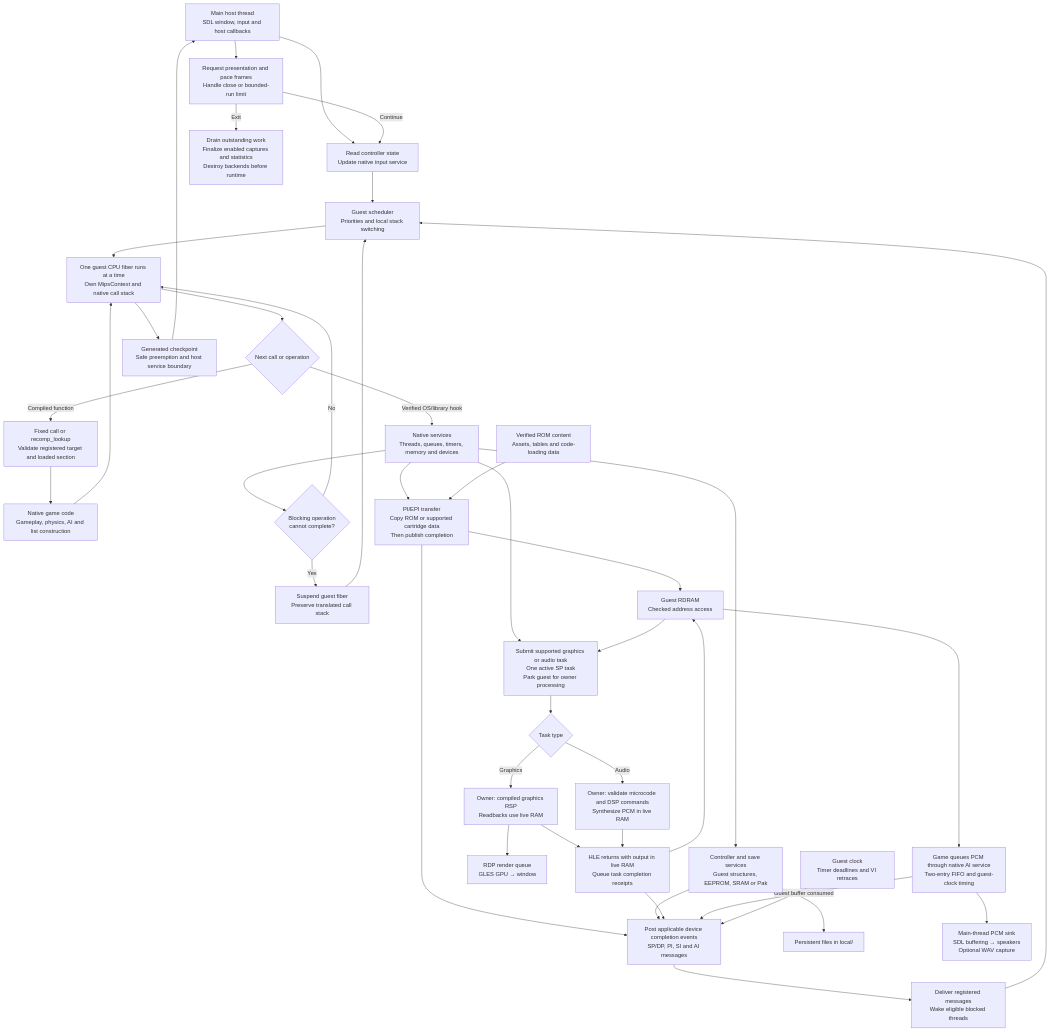
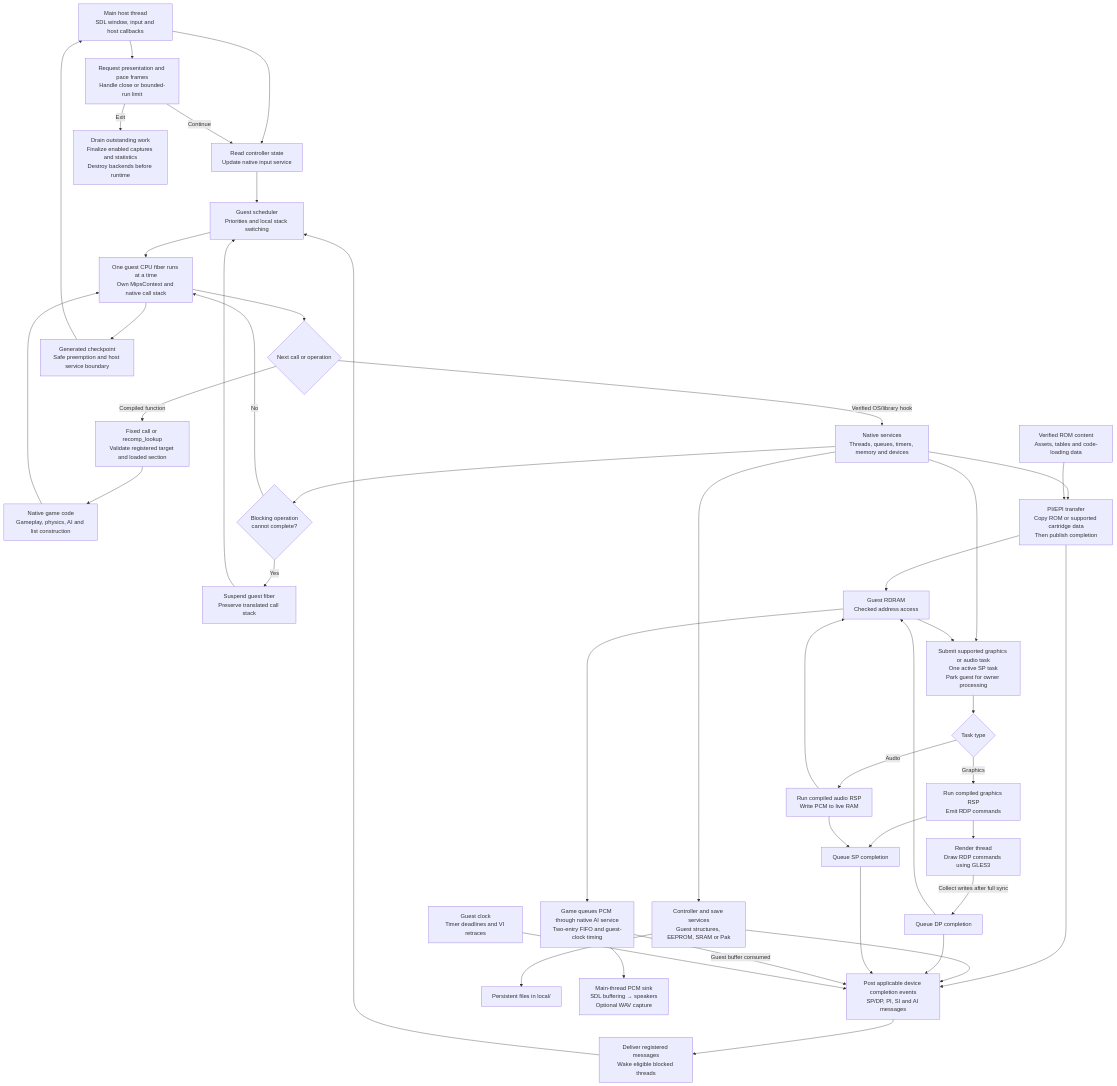
The third of 6 diagrams in docs/process-flow.md (polaco1782/v64recomp), drawn with Mermaid before and after one commit. The commit also changed other lines of this file and 70 other files, not shown here.

Commit message:
Clean up retired renderer paths and document compiled RSP graphics

````diff
--- a/docs/process-flow.md
+++ b/docs/process-flow.md
@@ -107,43 +107,46 @@
 ```mermaid
 flowchart TD
     Main["Main host thread<br/>SDL window, input and host callbacks"] --> Input["Read controller state<br/>Update native input service"]
     Input --> Scheduler["Guest scheduler<br/>Priorities and local stack switching"]
     Scheduler --> Guest["One guest CPU fiber runs at a time<br/>Own MipsContext and native call stack"]
     Guest --> Calls{"Next call or operation"}
     Calls -->|"Compiled function"| Registry["Fixed call or recomp_lookup<br/>Validate registered target and loaded section"]
     Registry --> Logic["Native game code<br/>Gameplay, physics, AI and list construction"]
     Logic --> Guest
     Calls -->|"Verified OS/library hook"| OS["Native services<br/>Threads, queues, timers, memory and devices"]
     OS --> Block{"Blocking operation<br/>cannot complete?"}
     Block -->|Yes| Park["Suspend guest fiber<br/>Preserve translated call stack"]
     Park --> Scheduler
     Block -->|No| Guest
     OS --> DMA["PI/EPI transfer<br/>Copy ROM or supported cartridge data<br/>Then publish completion"]
     Content["Verified ROM content<br/>Assets, tables and code-loading data"] --> DMA
     DMA --> RAM["Guest RDRAM<br/>Checked address access"]
     DMA --> Events
     OS --> IO["Controller and save services<br/>Guest structures, EEPROM, SRAM or Pak"]
     IO --> Files["Persistent files in local/"]
     IO --> Events
     OS --> SP["Submit supported graphics or audio task<br/>One active SP task<br/>Park guest for owner processing"]
     RAM --> SP
     SP --> Kind{"Task type"}
-    Kind -->|Graphics| Video["Owner: compiled graphics RSP<br/>Readbacks use live RAM"]
-    Kind -->|Audio| Audio["Owner: validate microcode and DSP commands<br/>Synthesize PCM in live RAM"]
-    Video --> GPU["RDP render queue<br/>GLES GPU → window"]
-    Video --> Merge["HLE returns with output in live RAM<br/>Queue task completion receipts"]
+    Kind -->|Graphics| Video["Run compiled graphics RSP<br/>Emit RDP commands"]
+    Kind -->|Audio| Audio["Run compiled audio RSP<br/>Write PCM to live RAM"]
+    Video --> GPU["Render thread<br/>Draw RDP commands using GLES3"]
+    Video --> Merge["Queue SP completion"]
     Audio --> Merge
+    GPU -->|Collect writes after full sync| DP["Queue DP completion"]
+    DP --> Events
     Merge --> Events["Post applicable device completion events<br/>SP/DP, PI, SI and AI messages"]
-    Merge --> RAM
+    Audio --> RAM
+    DP --> RAM
     RAM --> AI["Game queues PCM through native AI service<br/>Two-entry FIFO and guest-clock timing"]
     AI --> PCM["Main-thread PCM sink<br/>SDL buffering → speakers<br/>Optional WAV capture"]
     AI -->|"Guest buffer consumed"| Events
     Clock["Guest clock<br/>Timer deadlines and VI retraces"] --> Events
     Events --> Wake["Deliver registered messages<br/>Wake eligible blocked threads"]
     Wake --> Scheduler
     Guest --> Checkpoint["Generated checkpoint<br/>Safe preemption and host service boundary"]
     Checkpoint --> Main
     Main --> Present["Request presentation and pace frames<br/>Handle close or bounded-run limit"]
     Present -->|Continue| Input
     Present -->|Exit| Drain["Drain outstanding work<br/>Finalize enabled captures and statistics<br/>Destroy backends before runtime"]
 ```
````
